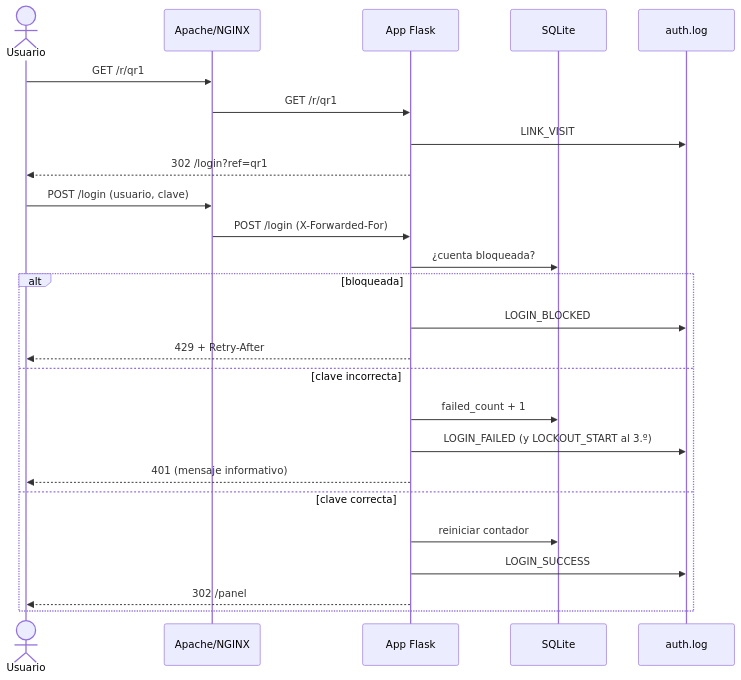
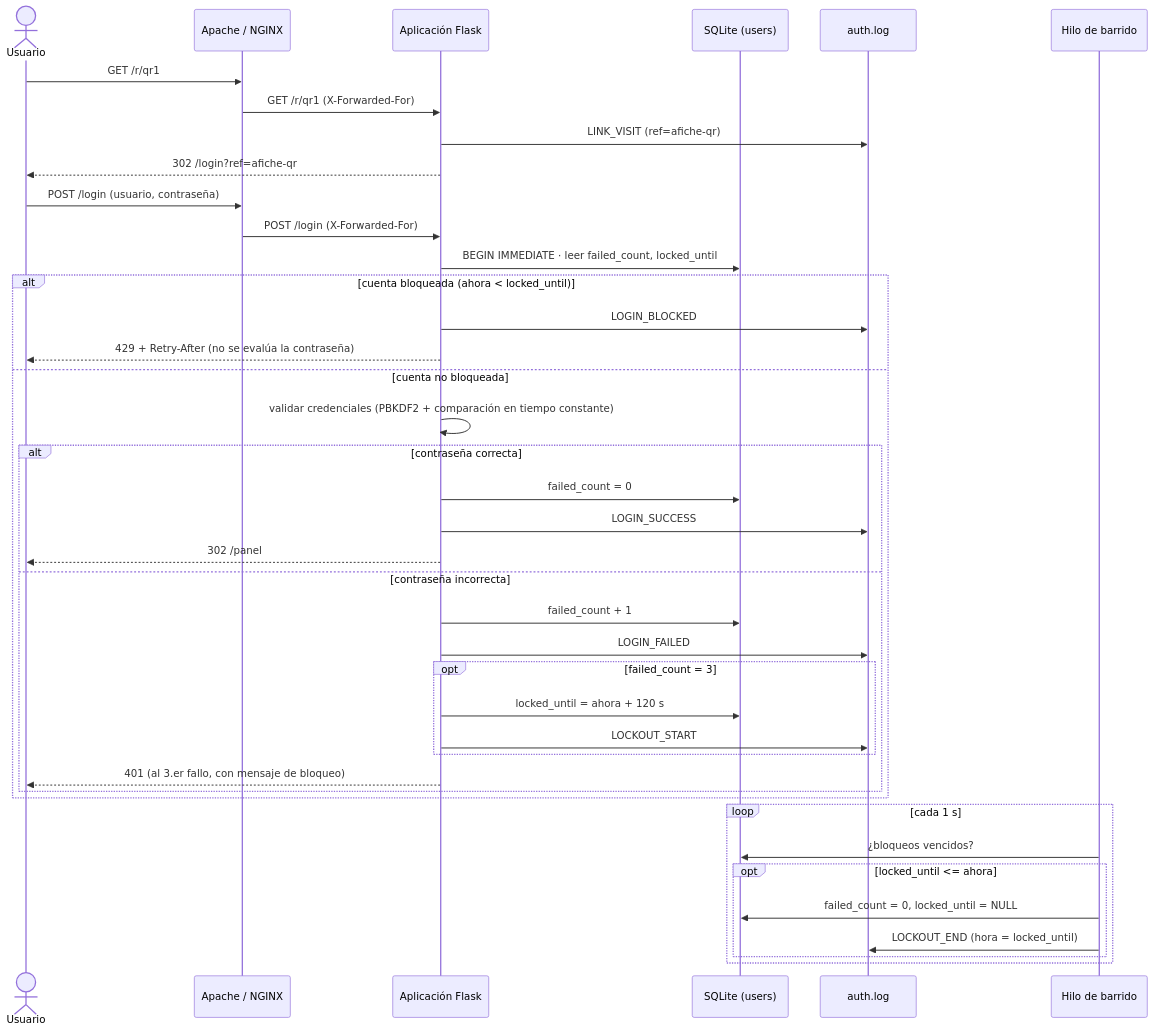
One commit to cmacuna7/proyecto-phishing-lab changed the diagram in docs/diseno-app.md. Above: the diagram before and after it, drawn with Mermaid. The commit also changed other lines of this file and 8 other files, not shown here.

````diff
--- a/docs/diseno-app.md
+++ b/docs/diseno-app.md
@@ -5,27 +8,43 @@
 ```mermaid
 sequenceDiagram
   actor U as Usuario
-  participant P as Apache/NGINX
-  participant A as App Flask
-  participant D as SQLite
+  participant P as Apache / NGINX
+  participant A as Aplicación Flask
+  participant D as SQLite (users)
   participant L as auth.log
+  participant S as Hilo de barrido
+
   U->>P: GET /r/qr1
-  P->>A: GET /r/qr1
-  A->>L: LINK_VISIT
-  A-->>U: 302 /login?ref=qr1
-  U->>P: POST /login (usuario, clave)
+  P->>A: GET /r/qr1 (X-Forwarded-For)
+  A->>L: LINK_VISIT (ref=afiche-qr)
+  A-->>U: 302 /login?ref=afiche-qr
+  U->>P: POST /login (usuario, contraseña)
   P->>A: POST /login (X-Forwarded-For)
-  A->>D: ¿cuenta bloqueada?
-  alt bloqueada
+  A->>D: BEGIN IMMEDIATE · leer failed_count, locked_until
+  alt cuenta bloqueada (ahora < locked_until)
     A->>L: LOGIN_BLOCKED
-    A-->>U: 429 + Retry-After
-  else clave incorrecta
-    A->>D: failed_count + 1
-    A->>L: LOGIN_FAILED (y LOCKOUT_START al 3.º)
-    A-->>U: 401 (mensaje informativo)
-  else clave correcta
-    A->>D: reiniciar contador
-    A->>L: LOGIN_SUCCESS
-    A-->>U: 302 /panel
+    A-->>U: 429 + Retry-After (no se evalúa la contraseña)
+  else cuenta no bloqueada
+    A->>A: validar credenciales (PBKDF2 + comparación en tiempo constante)
+    alt contraseña correcta
+      A->>D: failed_count = 0
+      A->>L: LOGIN_SUCCESS
+      A-->>U: 302 /panel
+    else contraseña incorrecta
+      A->>D: failed_count + 1
+      A->>L: LOGIN_FAILED
+      opt failed_count = 3
+        A->>D: locked_until = ahora + 120 s
+        A->>L: LOCKOUT_START
+      end
+      A-->>U: 401 (al 3.er fallo, con mensaje de bloqueo)
+    end
+  end
+  loop cada 1 s
+    S->>D: ¿bloqueos vencidos?
+    opt locked_until <= ahora
+      S->>D: failed_count = 0, locked_until = NULL
+      S->>L: LOCKOUT_END (hora = locked_until)
+    end
   end
 ```
````
